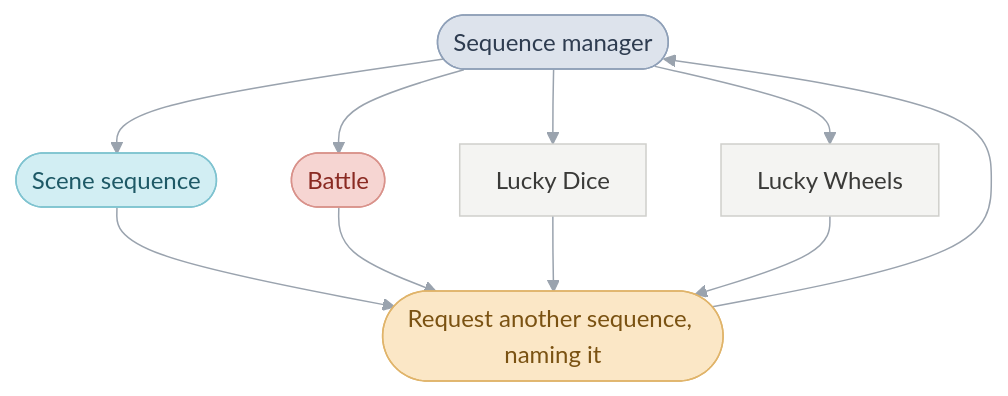
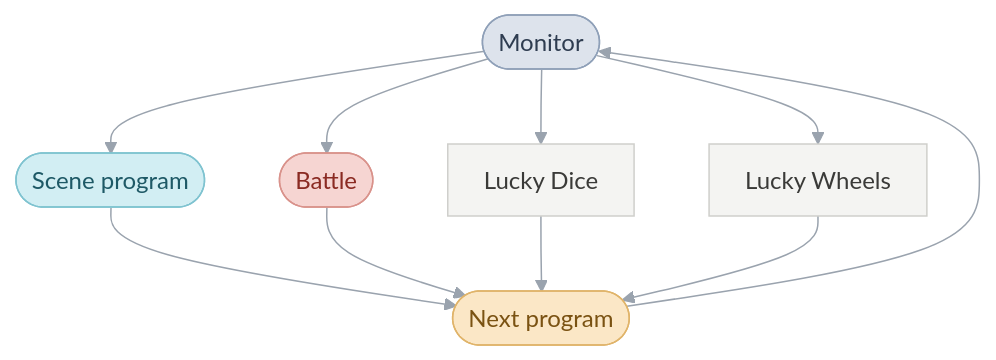
One commit to PascalPixel/alchemy changed the third of 9 diagrams in games/tbs/README.md. Above: the diagram before and after it, drawn with Mermaid. The commit also changed other lines of this file and 31 other files, not shown here.

````diff
--- a/games/tbs/README.md
+++ b/games/tbs/README.md
@@ -110,18 +110,18 @@
 ```mermaid
 %%{init: {"theme": "base", "themeVariables": {"lineColor": "#9AA3AE", "edgeLabelBackground": "#FFFFFF"}, "flowchart": {"curve": "basis", "padding": 12}}}%%
 flowchart TD
-  loop(["Sequence manager"]) --> scene(["Scene sequence"]) & battle(["Battle"]) & dice["Lucky Dice"] & wheels["Lucky Wheels"]
-  scene & battle & dice & wheels --> back(["Request another sequence, naming it"])
+  loop(["Monitor"]) --> scene(["Scene program"]) & battle(["Battle"]) & dice["Lucky Dice"] & wheels["Lucky Wheels"]
+  scene & battle & dice & wheels --> back(["Next program"])
   back --> loop
-  classDef sequenceManager fill:#DDE3EC,stroke:#8FA0B8,color:#2E3C50
-  classDef sceneSequence fill:#D2EEF3,stroke:#7FC3D0,color:#1E5966
+  classDef monitor fill:#DDE3EC,stroke:#8FA0B8,color:#2E3C50
+  classDef sceneProgram fill:#D2EEF3,stroke:#7FC3D0,color:#1E5966
   classDef battle fill:#F6D5D2,stroke:#D9928B,color:#8A2A22
   classDef sceneManager fill:#D3EBD9,stroke:#8DC49E,color:#25603A
   classDef request fill:#FBE7C6,stroke:#E0B46A,color:#7A5212
   classDef step fill:#F4F4F2,stroke:#CFCFCB,color:#3A3A38
-  class loop sequenceManager
-  class scene sceneSequence
+  class loop monitor
+  class scene sceneProgram
   class back request
   class battle battle
   class dice,wheels step
 ```
````
